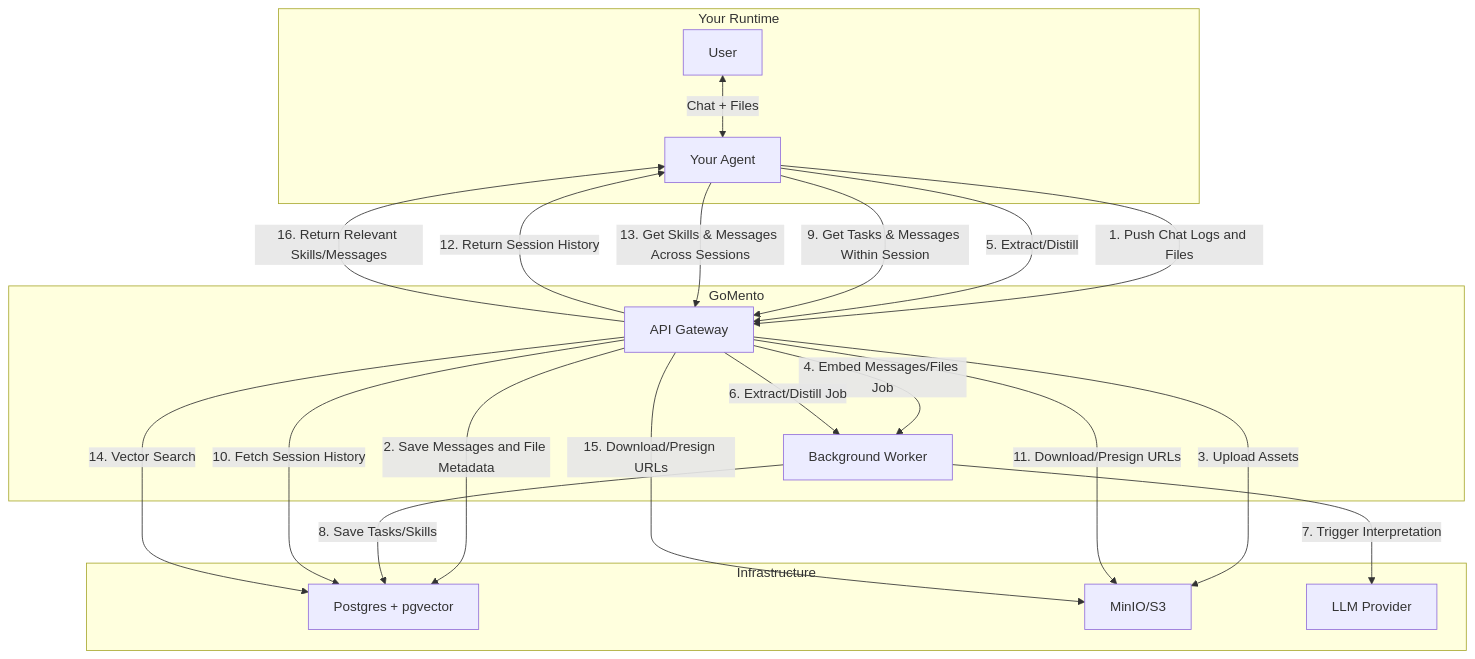
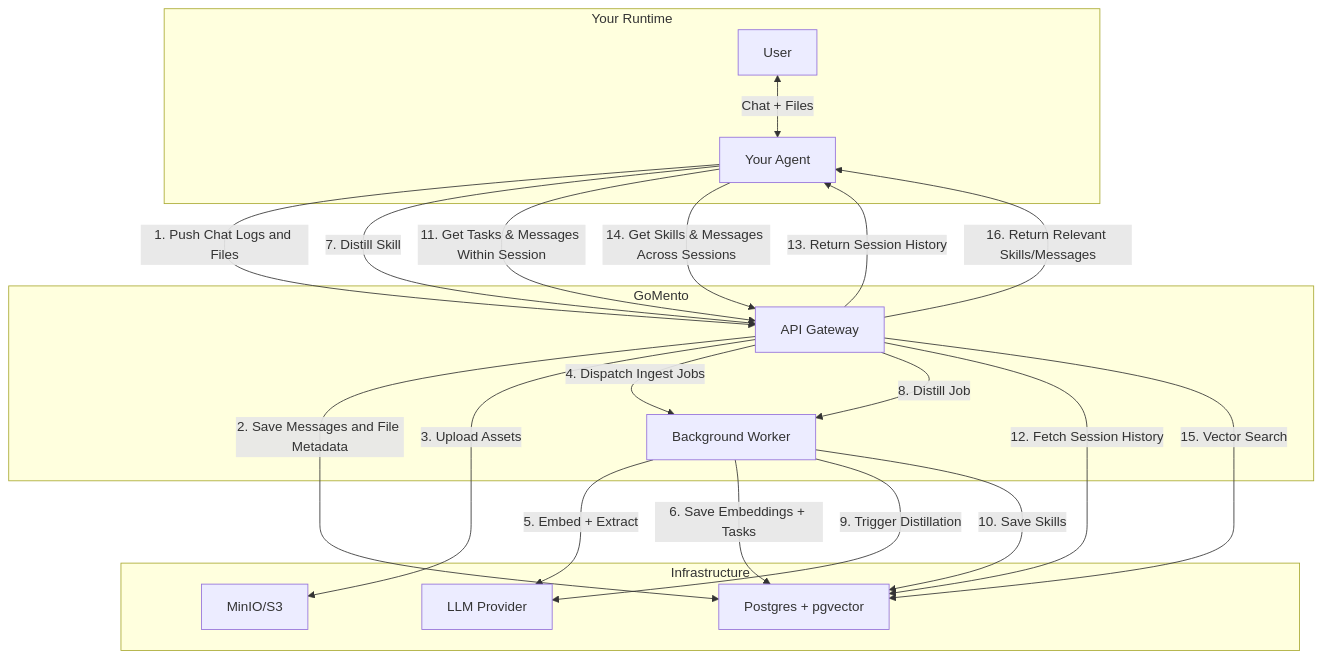
Before and after one commit to w-h-a/gomento: the first of 2 diagrams in README.md, drawn with Mermaid. The commit also changed other lines of this file, not shown here.

Commit message:
docs: update README to reflect auto-extraction, coming soon (#131)

````diff
--- a/README.md
+++ b/README.md
@@ -26,41 +26,41 @@
 ```mermaid
 graph TD
     subgraph "Your Runtime"
         User[User] <-->|Chat + Files| Agent[Your Agent]
     end
 
     subgraph "GoMento"
         API[API Gateway]
         Worker[Background Worker]
     end
 
     subgraph "Infrastructure"
         Postgres[Postgres + pgvector]
         MinIO[MinIO/S3]
         LLM[LLM Provider]
     end
 
     %% Flow 1: Storing Context
     Agent -- "1. Push Chat Logs and Files" --> API
     API -- "2. Save Messages and File Metadata" --> Postgres
     API -- "3. Upload Assets" --> MinIO
-    API -- "4. Embed Messages/Files Job" --> Worker
+    API -- "4. Dispatch Ingest Jobs" --> Worker
+    Worker -- "5. Embed + Extract" --> LLM
+    Worker -- "6. Save Embeddings + Tasks" --> Postgres
     
-    %% Flow 2: Interpretation
-    Agent -- "5. Extract/Distill" --> API
-    API -- "6. Extract/Distill Job" --> Worker
-    Worker -- "7. Trigger Interpretation" --> LLM
-    Worker -- "8. Save Tasks/Skills" --> Postgres
+    %% Flow 2: Skill Distillation
+    Agent -- "7. Distill Skill" --> API
+    API -- "8. Distill Job" --> Worker
+    Worker -- "9. Trigger Distillation" --> LLM
+    Worker -- "10. Save Skills" --> Postgres
 
     %% Flow 3: Retrieval (Within a Session)
-    Agent -- "9. Get Tasks & Messages Within Session" --> API
-    API -- "10. Fetch Session History" --> Postgres
-    API -- "11. Download/Presign URLs" --> MinIO
-    API -- "12. Return Session History" --> Agent
+    Agent -- "11. Get Tasks & Messages Within Session" --> API
+    API -- "12. Fetch Session History" --> Postgres
+    API -- "13. Return Session History" --> Agent
 
     %% Flow 4: Retrieval (Across Sessions)
-    Agent -- "13. Get Skills & Messages Across Sessions" --> API
-    API -- "14. Vector Search" --> Postgres
-    API -- "15. Download/Presign URLs" --> MinIO
+    Agent -- "14. Get Skills & Messages Across Sessions" --> API
+    API -- "15. Vector Search" --> Postgres
     API -- "16. Return Relevant Skills/Messages" --> Agent
 ```
````
